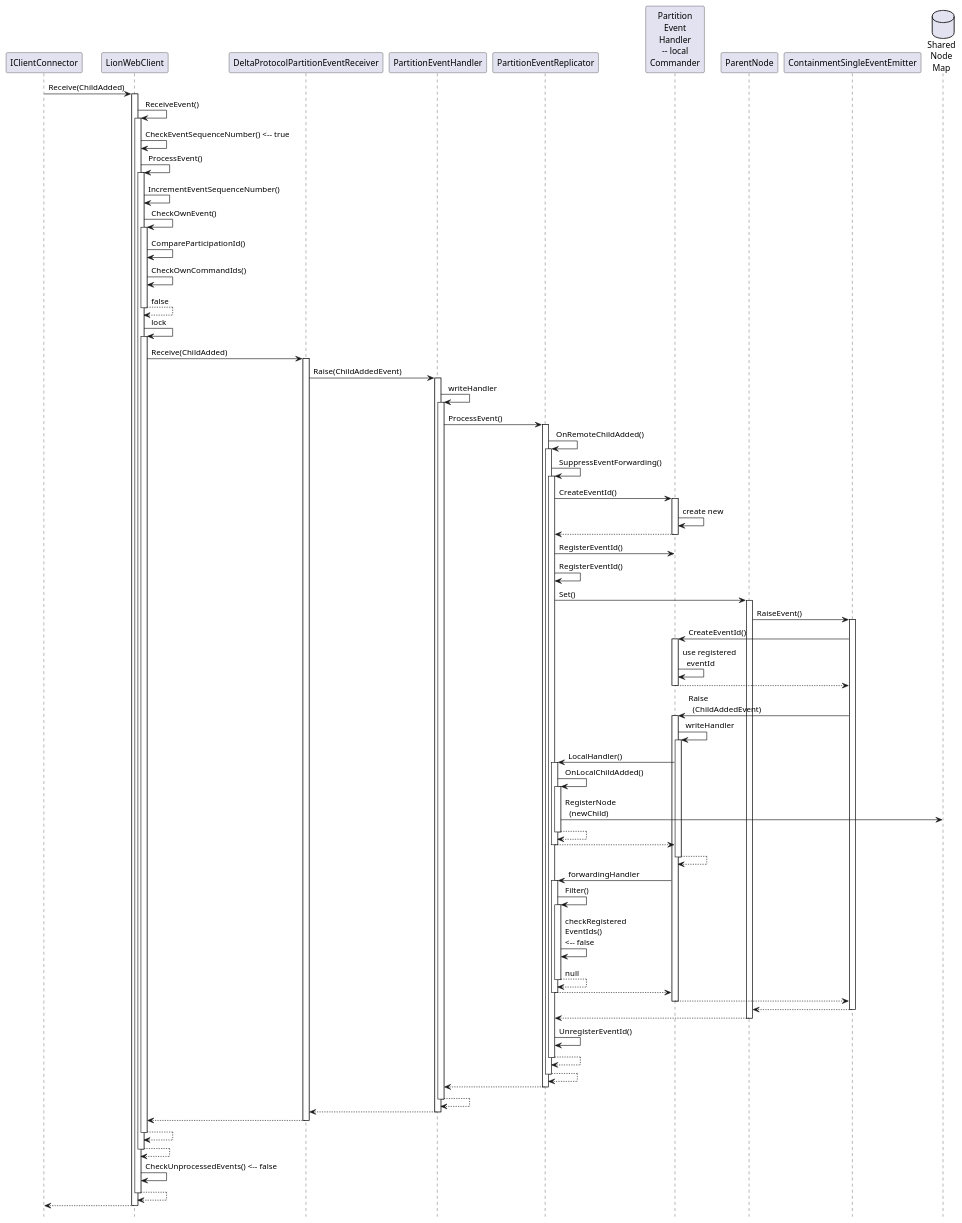
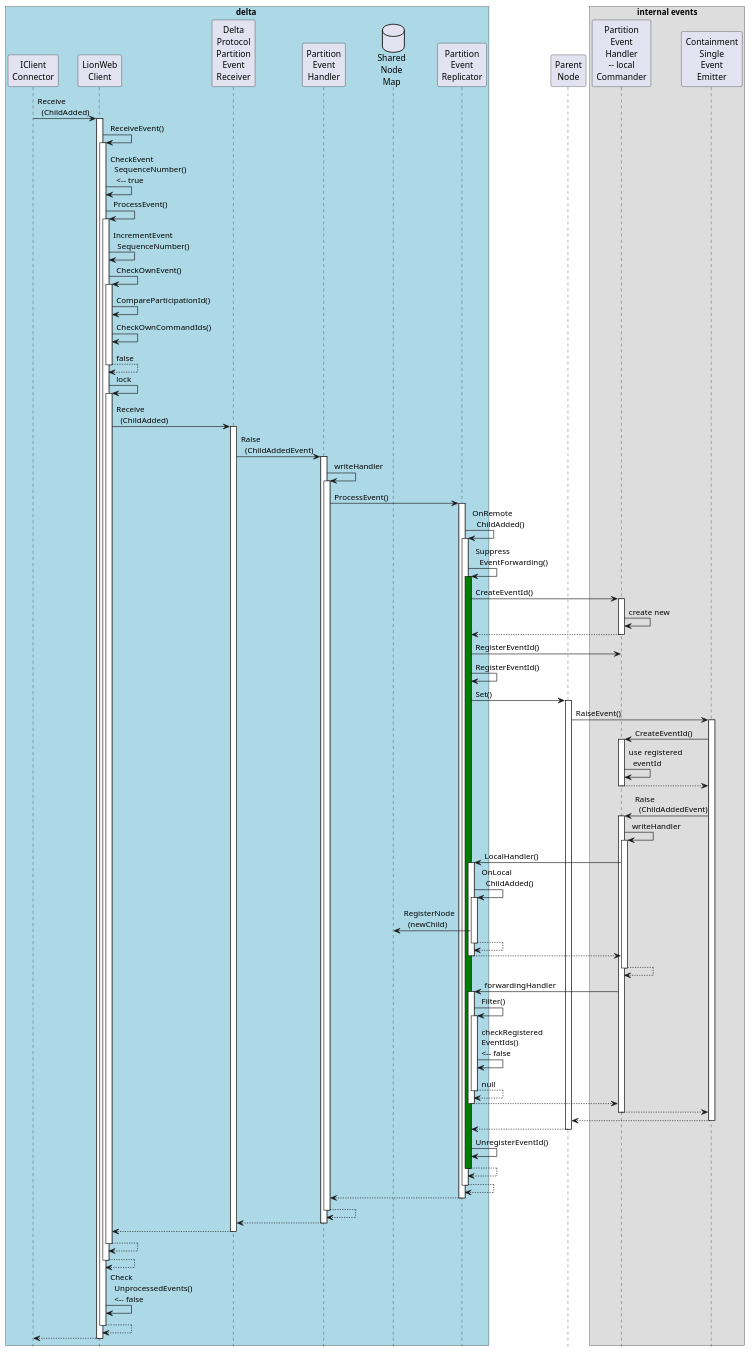
One commit to LionWeb-io/lionweb-csharp changed the diagram in docs/client-receive-event.puml. Above: the diagram before and after it, drawn with PlantUML. The commit also changed 2 other files, not shown here.

```diff
--- a/docs/client-receive-event.puml
+++ b/docs/client-receive-event.puml
@@ -1,70 +1,76 @@
 @startuml
 hide footbox
 
-participant "IClientConnector" as connector
-participant "LionWebClient" as client
-participant "DeltaProtocolPartitionEventReceiver" as receiver
-participant "PartitionEventHandler" as eventHandler
-participant "PartitionEventReplicator" as replicator
-participant "Partition\nEvent\nHandler\n-- local\nCommander" as localCommander
-participant "ParentNode" as localParent
-participant "ContainmentSingleEventEmitter" as emitter
-database "Shared\nNode\nMap" as sharedNodeMap
+box delta #lightblue
+    participant "IClient\nConnector" as connector
+    participant "LionWeb\nClient" as client
+    participant "Delta\nProtocol\nPartition\nEvent\nReceiver" as receiver
+    participant "Partition\nEvent\nHandler" as eventHandler
+    database "Shared\nNode\nMap" as sharedNodeMap
+    participant "Partition\nEvent\nReplicator" as replicator
+end box
 
-connector -> client ++: Receive(ChildAdded)
+participant "Parent\nNode" as localParent
+
+box internal events
+    participant "Partition\nEvent\nHandler\n-- local\nCommander" as localCommander
+    participant "Containment\nSingle\nEvent\nEmitter" as emitter
+end box
+
+connector -> client ++: Receive\n  (ChildAdded)
     client -> client ++: ReceiveEvent()
-        client -> client: CheckEventSequenceNumber() <-- true
+        client -> client: CheckEvent\n  SequenceNumber()\n   <-- true
         client -> client ++: ProcessEvent()
-            client -> client: IncrementEventSequenceNumber()
+            client -> client: IncrementEvent\n  SequenceNumber()
             client -> client ++: CheckOwnEvent()
                 client -> client: CompareParticipationId()
                 client -> client: CheckOwnCommandIds()
             return false
             client -> client ++: lock
-                client -> receiver ++: Receive(ChildAdded)
-                    receiver -> eventHandler ++: Raise(ChildAddedEvent)
+                client -> receiver ++: Receive\n  (ChildAdded)
+                    receiver -> eventHandler ++: Raise\n  (ChildAddedEvent)
                         eventHandler -> eventHandler ++: writeHandler
                             eventHandler -> replicator ++: ProcessEvent()
-                                replicator -> replicator ++: OnRemoteChildAdded()
-                                    replicator -> replicator ++: SuppressEventForwarding()
+                                replicator -> replicator ++: OnRemote\n  ChildAdded()
+                                    replicator -> replicator ++ #green: Suppress\n  EventForwarding()
                                         replicator -> localCommander ++: CreateEventId()
                                             localCommander -> localCommander: create new
                                         return
                                         replicator -> localCommander: RegisterEventId()
                                         replicator -> replicator: RegisterEventId() 
                                         replicator -> localParent ++: Set()
                                             localParent -> emitter ++: RaiseEvent()
                                                 emitter -> localCommander ++: CreateEventId()
                                                     localCommander -> localCommander: use registered\n  eventId
                                                 return
                                                 emitter -> localCommander ++: Raise\n  (ChildAddedEvent)
                                                     localCommander -> localCommander ++: writeHandler
                                                         localCommander -> replicator ++: LocalHandler()
-                                                            replicator -> replicator ++: OnLocalChildAdded()
+                                                            replicator -> replicator ++: OnLocal\n  ChildAdded()
                                                                 replicator -> sharedNodeMap: RegisterNode\n  (newChild)
                                                                 ' receiver: OnPartitionAdded()
                                                             return
                                                         return
                                                     return
                                                     localCommander -> replicator ++: forwardingHandler
                                                         replicator -> replicator ++: Filter()
                                                             replicator -> replicator: checkRegistered\nEventIds()\n<-- false
                                                         return null
                                                     return
                                                 return
                                             return
                                         return
                                         replicator -> replicator: UnregisterEventId()
                                     return
                                 return
                             return
                         return
                     return
                 return
             return
         return
-        client -> client: CheckUnprocessedEvents() <-- false
+        client -> client: Check\n  UnprocessedEvents()\n  <-- false
     return
 return
 
 @enduml
```
